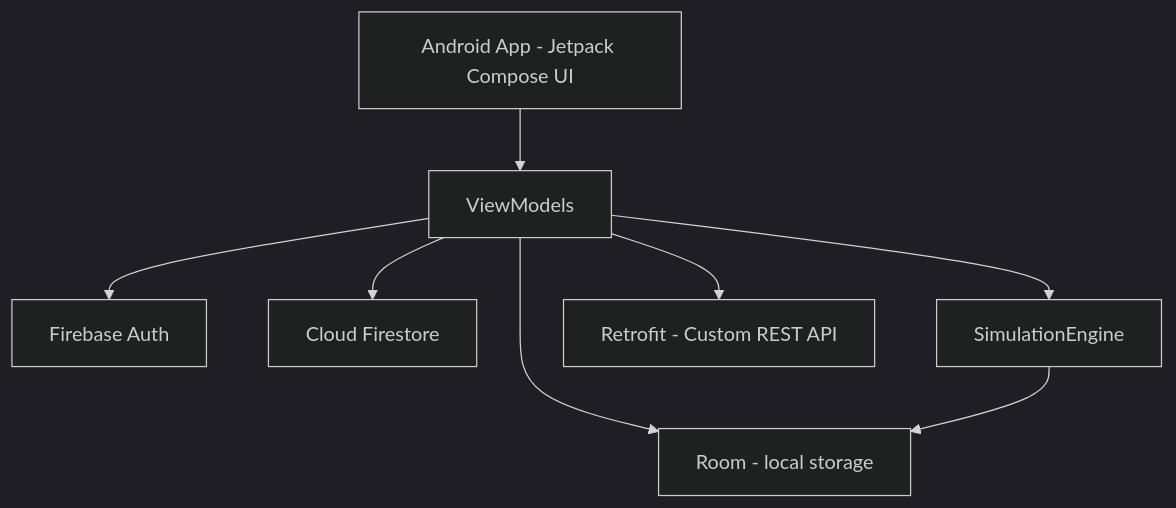
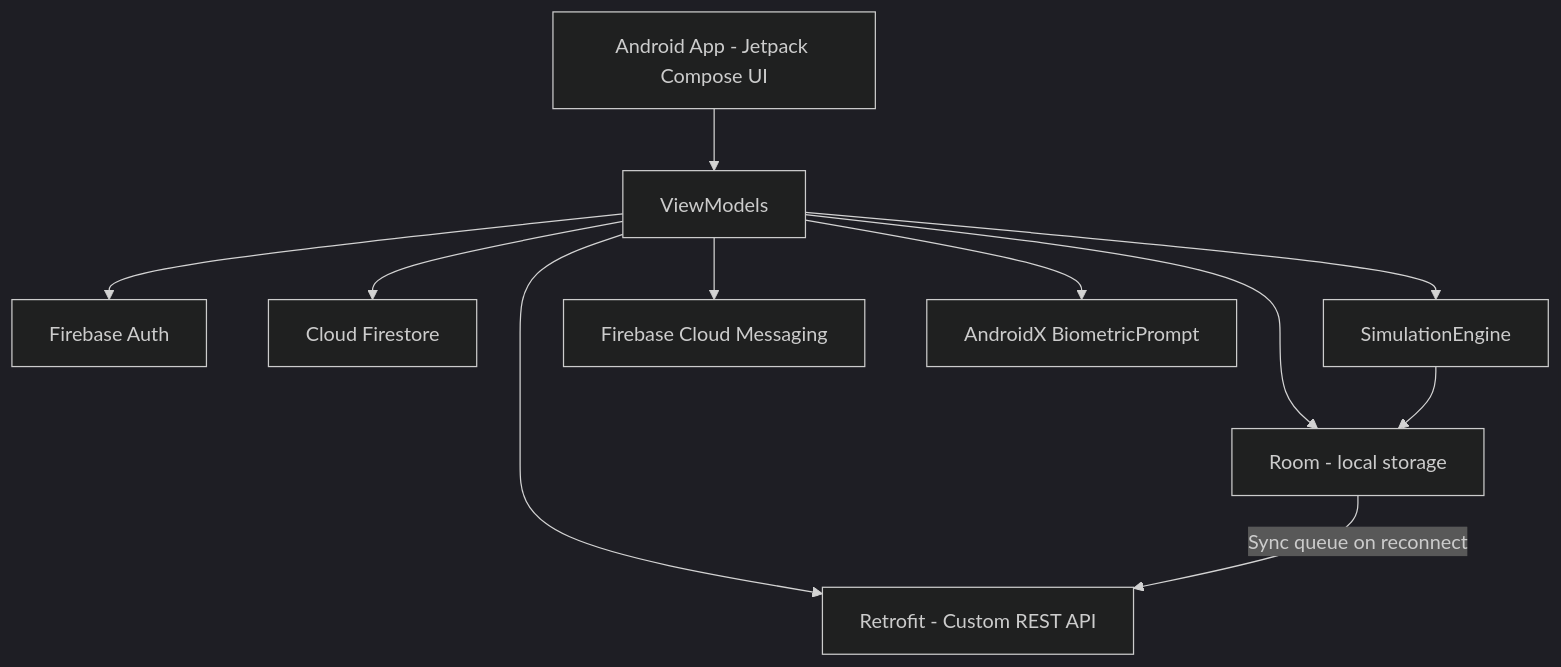
The first of 3 diagrams in README.md (SiddiqMalik/WhatIf-Portfolio-Simulator-Group), drawn with Mermaid (dark theme) before and after one commit. The commit also changed other lines of this file, not shown here.

````diff
--- a/README.md
+++ b/README.md
@@ -117,10 +118,13 @@
 ```mermaid
 flowchart TD
     A[Android App - Jetpack Compose UI] --> B[ViewModels]
     B --> C[Firebase Auth]
     B --> D[Cloud Firestore]
     B --> E[SimulationEngine]
     B --> F[Room - local storage]
     B --> G[Retrofit - Custom REST API]
+    B --> H[Firebase Cloud Messaging]
+    B --> I[AndroidX BiometricPrompt]
     E --> F
+    F -->|Sync queue on reconnect| G
 ```
````
